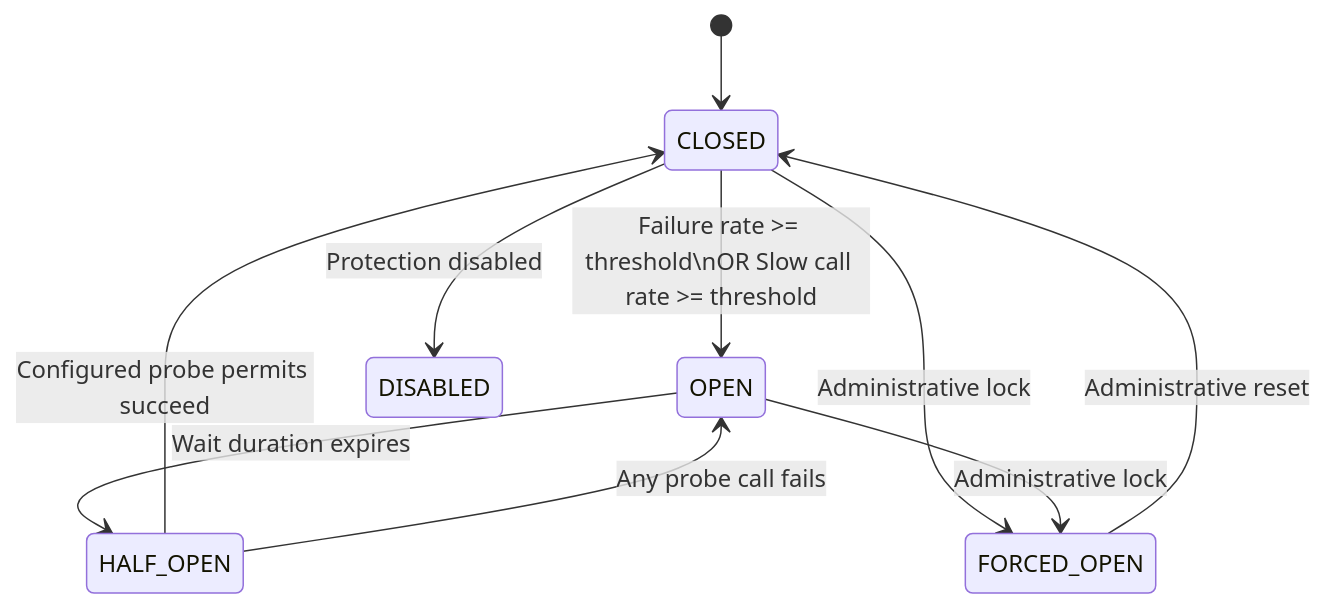
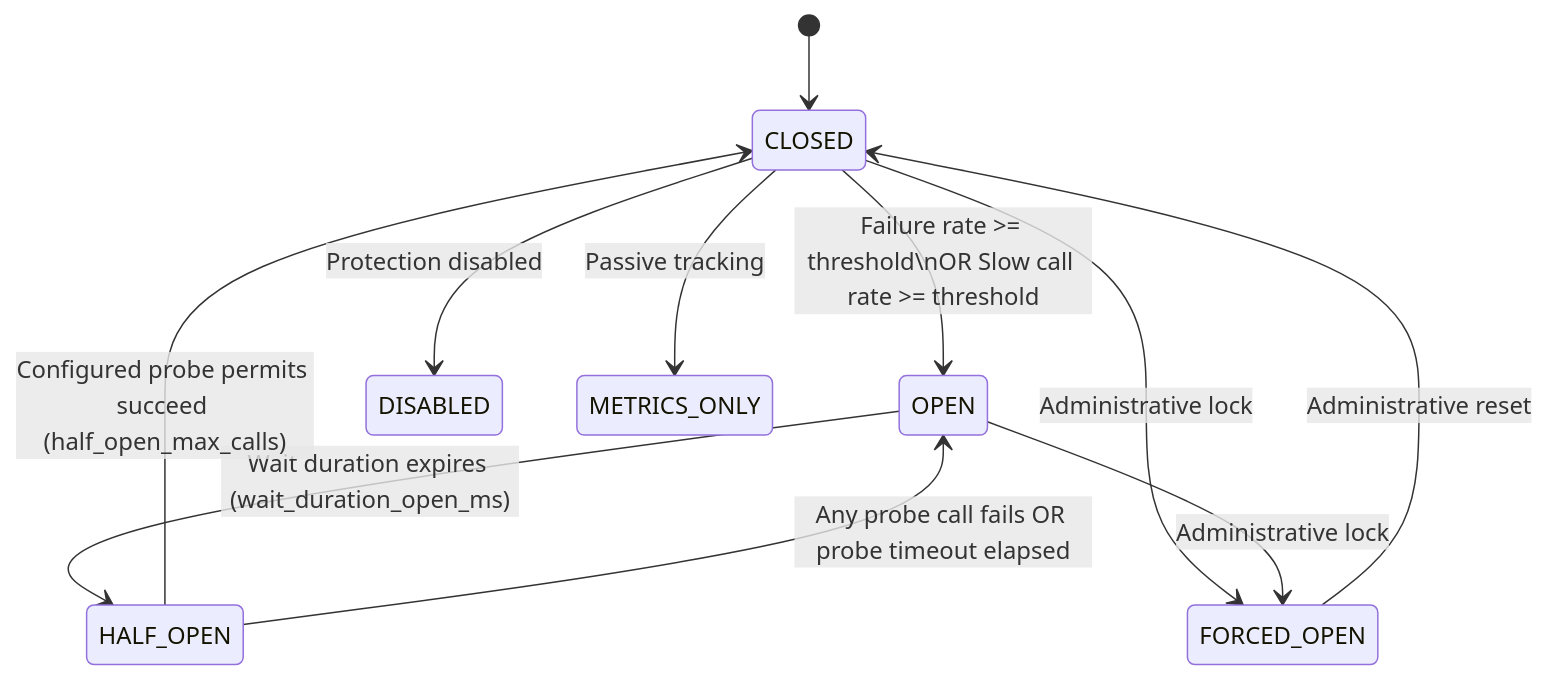
The second of 3 diagrams in ARCHITECTURE.md (d2epak/llm-circuit-breaker), drawn with Mermaid before and after one commit. The commit also changed other lines of this file and 49 other files, not shown here.

````diff
--- a/ARCHITECTURE.md
+++ b/ARCHITECTURE.md
@@ -41,12 +49,13 @@
 ```mermaid
 stateDiagram-v2
     [*] --> CLOSED
     CLOSED --> OPEN: Failure rate >= threshold\nOR Slow call rate >= threshold
-    OPEN --> HALF_OPEN: Wait duration expires
-    HALF_OPEN --> CLOSED: Configured probe permits succeed
-    HALF_OPEN --> OPEN: Any probe call fails
+    OPEN --> HALF_OPEN: Wait duration expires (wait_duration_open_ms)
+    HALF_OPEN --> CLOSED: Configured probe permits succeed (half_open_max_calls)
+    HALF_OPEN --> OPEN: Any probe call fails OR probe timeout elapsed
     CLOSED --> FORCED_OPEN: Administrative lock
     OPEN --> FORCED_OPEN: Administrative lock
     FORCED_OPEN --> CLOSED: Administrative reset
     CLOSED --> DISABLED: Protection disabled
+    CLOSED --> METRICS_ONLY: Passive tracking
 ```
````
